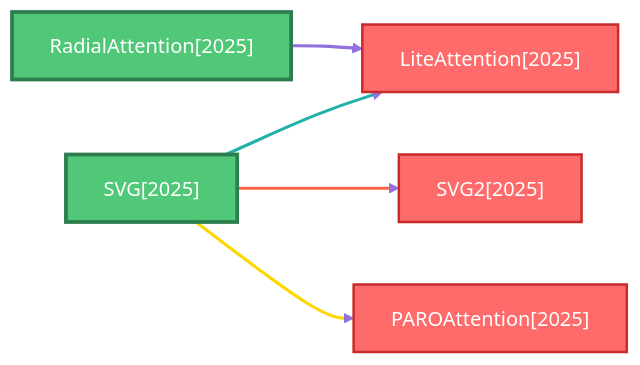
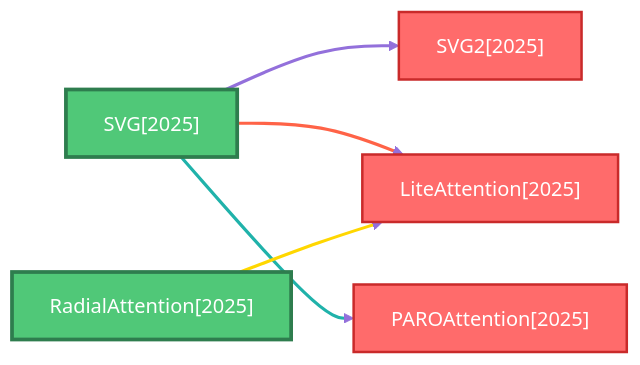
Before and after one commit to hustzxd/EfficientPaper: the second of 6 diagrams in docs/baseline_methods_graph.md, drawn with Mermaid. The commit also changed other lines of this file and 9 other files, not shown here.

````diff
--- a/docs/baseline_methods_graph.md
+++ b/docs/baseline_methods_graph.md
@@ -57,27 +57,27 @@
 ```mermaid
 flowchart LR
     classDef defaultNode fill:#4A90E2,stroke:#2E5C8A,stroke-width:2px,color:#fff
     classDef rootNode fill:#50C878,stroke:#2E7D4E,stroke-width:3px,color:#fff
     classDef leafNode fill:#FF6B6B,stroke:#C92A2A,stroke-width:2px,color:#fff
     linkStyle default stroke:#9370DB,stroke-width:2px
 
-    2025_SVG2["SVG2[2025]"]
-    class 2025_SVG2 leafNode
+    2025_SVG["SVG[2025]"]
+    class 2025_SVG rootNode
+    2025_PAROAttention["PAROAttention[2025]"]
+    class 2025_PAROAttention leafNode
     2025_LiteAttention["LiteAttention[2025]"]
     class 2025_LiteAttention leafNode
     2025_RadialAttention["RadialAttention[2025]"]
     class 2025_RadialAttention rootNode
-    2025_PAROAttention["PAROAttention[2025]"]
-    class 2025_PAROAttention leafNode
-    2025_SVG["SVG[2025]"]
-    class 2025_SVG rootNode
+    2025_SVG2["SVG2[2025]"]
+    class 2025_SVG2 leafNode
 
+    2025_SVG ==>|" "| 2025_SVG2
+    linkStyle 0 stroke:#9370DB,stroke-width:2.5px
+    2025_SVG ==>|" "| 2025_LiteAttention
+    linkStyle 1 stroke:#FF6347,stroke-width:2.5px
+    2025_SVG ==>|" "| 2025_PAROAttention
+    linkStyle 2 stroke:#20B2AA,stroke-width:2.5px
     2025_RadialAttention ==>|" "| 2025_LiteAttention
-    linkStyle 0 stroke:#9370DB,stroke-width:2.5px
-    2025_SVG ==>|" "| 2025_SVG2
-    linkStyle 1 stroke:#FF6347,stroke-width:2.5px
-    2025_SVG ==>|" "| 2025_LiteAttention
-    linkStyle 2 stroke:#20B2AA,stroke-width:2.5px
-    2025_SVG ==>|" "| 2025_PAROAttention
     linkStyle 3 stroke:#FFD700,stroke-width:2.5px
 ```
````
